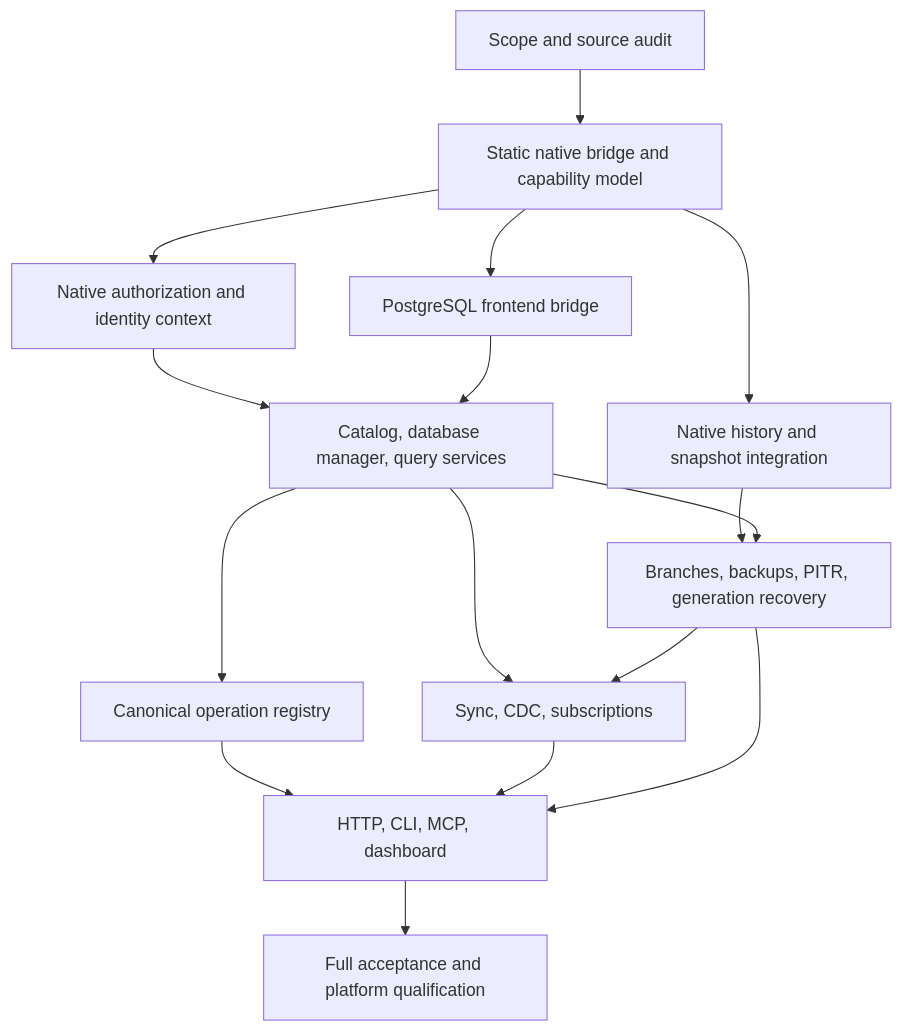
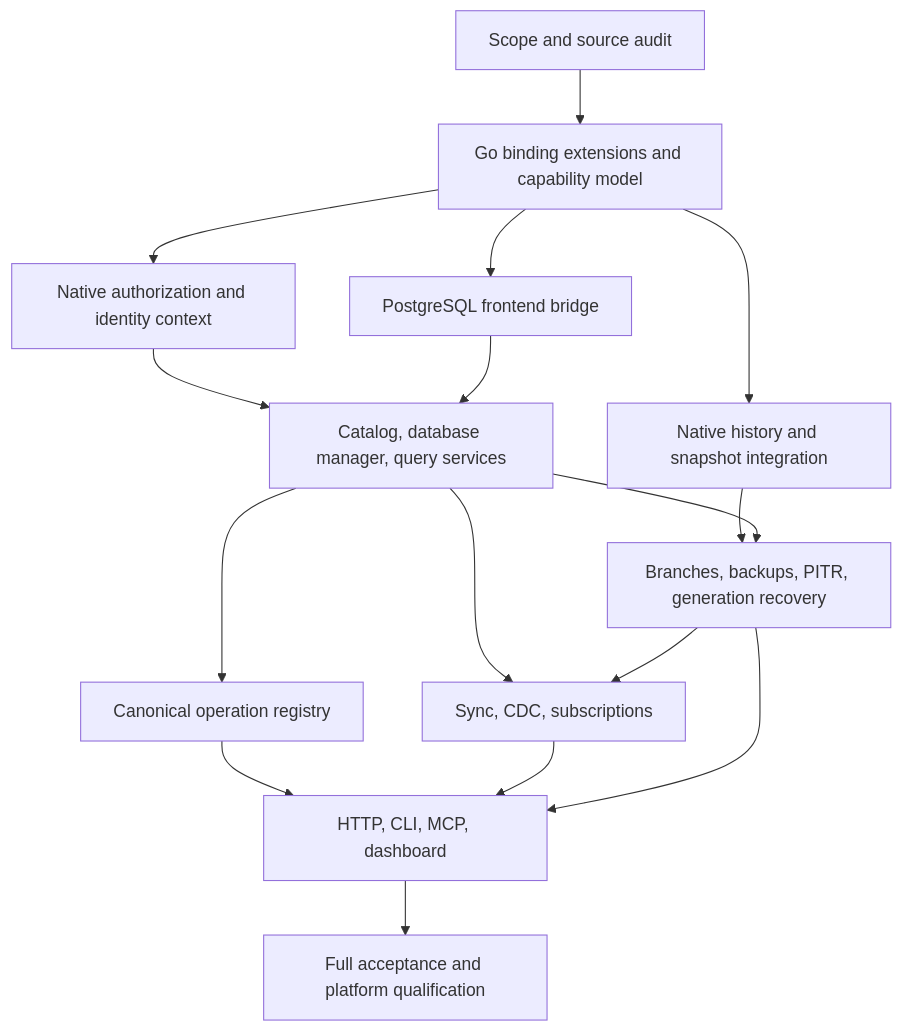
One commit to lordolami/turso changed the diagram in docs/standalone/implementation-workstreams.md. Above: the diagram before and after it, drawn with Mermaid. The commit also changed other lines of this file and 16 other files, not shown here.

```diff
--- a/docs/standalone/implementation-workstreams.md
+++ b/docs/standalone/implementation-workstreams.md
@@ -7,18 +7,18 @@
 ~~~mermaid
 flowchart TD
-  S[Scope and source audit] --> B[Static native bridge and capability model]
+  S[Scope and source audit] --> B[Go binding extensions and capability model]
   B --> A[Native authorization and identity context]
   B --> H[Native history and snapshot integration]
   B --> P[PostgreSQL frontend bridge]
   A --> D[Catalog, database manager, query services]
   P --> D
   H --> R[Branches, backups, PITR, generation recovery]
   D --> R
   D --> Y[Sync, CDC, subscriptions]
   R --> Y
   D --> O[Canonical operation registry]
   O --> I[HTTP, CLI, MCP, dashboard]
   Y --> I
   R --> I
   I --> Q[Full acceptance and platform qualification]
 ~~~
```
